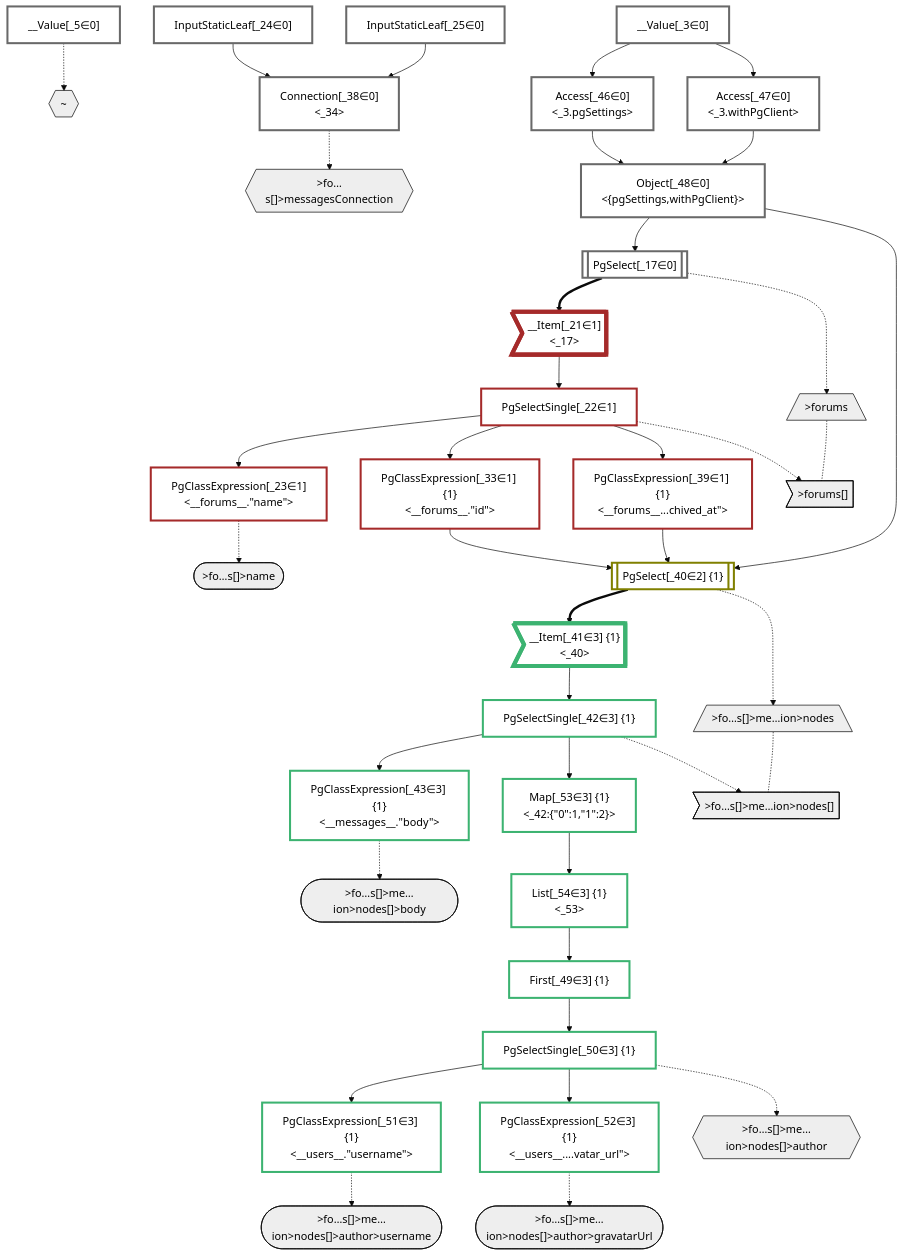
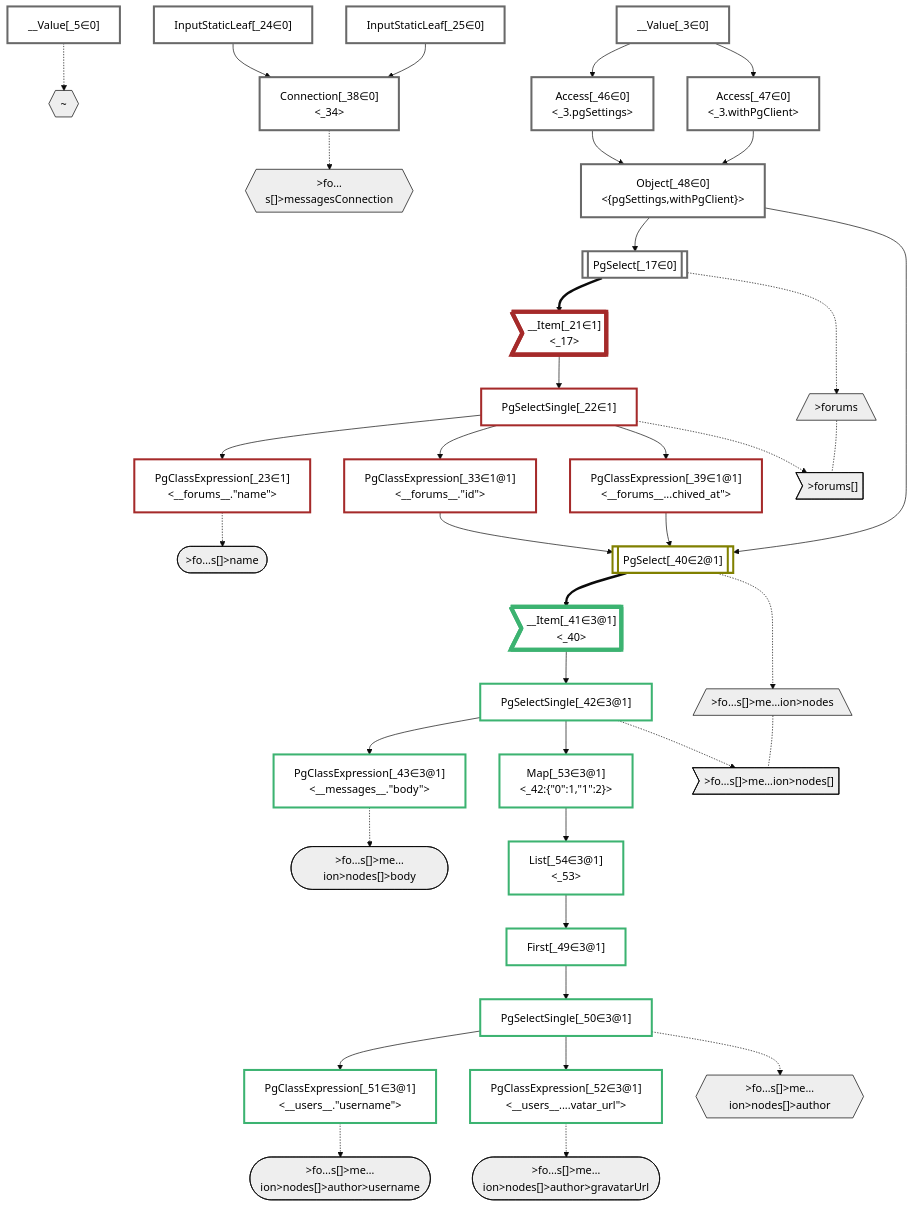
The diagram in packages/dataplan-pg/__tests__/queries/conditions/archived-forum-inherited-messages.stream-1.mermaid.md (graphile/crystal), drawn with Mermaid (base theme) before and after one commit. The commit also changed 41 other files, not shown here.

Commit message:
New mermaid output with primary group IDs

```diff
--- a/packages/dataplan-pg/__tests__/queries/conditions/archived-forum-inherited-messages.stream-1.mermaid.md
+++ b/packages/dataplan-pg/__tests__/queries/conditions/archived-forum-inherited-messages.stream-1.mermaid.md
@@ -38,22 +38,22 @@
     PgClassExpression_23["PgClassExpression[_23∈1]<br /><__forums__.#quot;name#quot;>"]:::plan
     InputStaticLeaf_24["InputStaticLeaf[_24∈0]"]:::plan
     InputStaticLeaf_25["InputStaticLeaf[_25∈0]"]:::plan
-    PgClassExpression_33["PgClassExpression[_33∈1] {1}<br /><__forums__.#quot;id#quot;>"]:::plan
+    PgClassExpression_33["PgClassExpression[_33∈1@1]<br /><__forums__.#quot;id#quot;>"]:::plan
     Connection_38["Connection[_38∈0]<br /><_34>"]:::plan
-    PgClassExpression_39["PgClassExpression[_39∈1] {1}<br /><__forums__...chived_at#quot;>"]:::plan
-    PgSelect_40[["PgSelect[_40∈2] {1}<br /><messages>"]]:::plan
-    __Item_41>"__Item[_41∈3] {1}<br /><_40>"]:::itemplan
-    PgSelectSingle_42["PgSelectSingle[_42∈3] {1}<br /><messages>"]:::plan
-    PgClassExpression_43["PgClassExpression[_43∈3] {1}<br /><__messages__.#quot;body#quot;>"]:::plan
+    PgClassExpression_39["PgClassExpression[_39∈1@1]<br /><__forums__...chived_at#quot;>"]:::plan
+    PgSelect_40[["PgSelect[_40∈2@1]<br /><messages>"]]:::plan
+    __Item_41>"__Item[_41∈3@1]<br /><_40>"]:::itemplan
+    PgSelectSingle_42["PgSelectSingle[_42∈3@1]<br /><messages>"]:::plan
+    PgClassExpression_43["PgClassExpression[_43∈3@1]<br /><__messages__.#quot;body#quot;>"]:::plan
     Access_46["Access[_46∈0]<br /><_3.pgSettings>"]:::plan
     Access_47["Access[_47∈0]<br /><_3.withPgClient>"]:::plan
     Object_48["Object[_48∈0]<br /><{pgSettings,withPgClient}>"]:::plan
-    First_49["First[_49∈3] {1}"]:::plan
-    PgSelectSingle_50["PgSelectSingle[_50∈3] {1}<br /><users>"]:::plan
-    PgClassExpression_51["PgClassExpression[_51∈3] {1}<br /><__users__.#quot;username#quot;>"]:::plan
-    PgClassExpression_52["PgClassExpression[_52∈3] {1}<br /><__users__....vatar_url#quot;>"]:::plan
-    Map_53["Map[_53∈3] {1}<br /><_42:{#quot;0#quot;:1,#quot;1#quot;:2}>"]:::plan
-    List_54["List[_54∈3] {1}<br /><_53>"]:::plan
+    First_49["First[_49∈3@1]"]:::plan
+    PgSelectSingle_50["PgSelectSingle[_50∈3@1]<br /><users>"]:::plan
+    PgClassExpression_51["PgClassExpression[_51∈3@1]<br /><__users__.#quot;username#quot;>"]:::plan
+    PgClassExpression_52["PgClassExpression[_52∈3@1]<br /><__users__....vatar_url#quot;>"]:::plan
+    Map_53["Map[_53∈3@1]<br /><_42:{#quot;0#quot;:1,#quot;1#quot;:2}>"]:::plan
+    List_54["List[_54∈3@1]<br /><_53>"]:::plan
 
     %% plan dependencies
     Object_48 --> PgSelect_17
```
